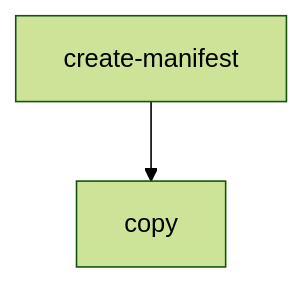
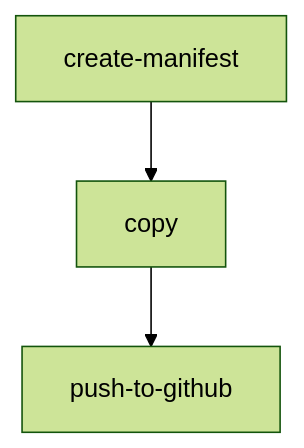
Before and after one commit to linz/topo-workflows: the second of 2 diagrams in workflows/imagery/README.md, drawn with Mermaid (forest theme). The commit also changed other lines of this file and 1 other file, not shown here.

````diff
--- a/workflows/imagery/README.md
+++ b/workflows/imagery/README.md
@@ -172,4 +172,4 @@
 ```mermaid
 graph TD;
-    create-manifest-->copy;
+    create-manifest-->copy-->push-to-github;
 ```
````
